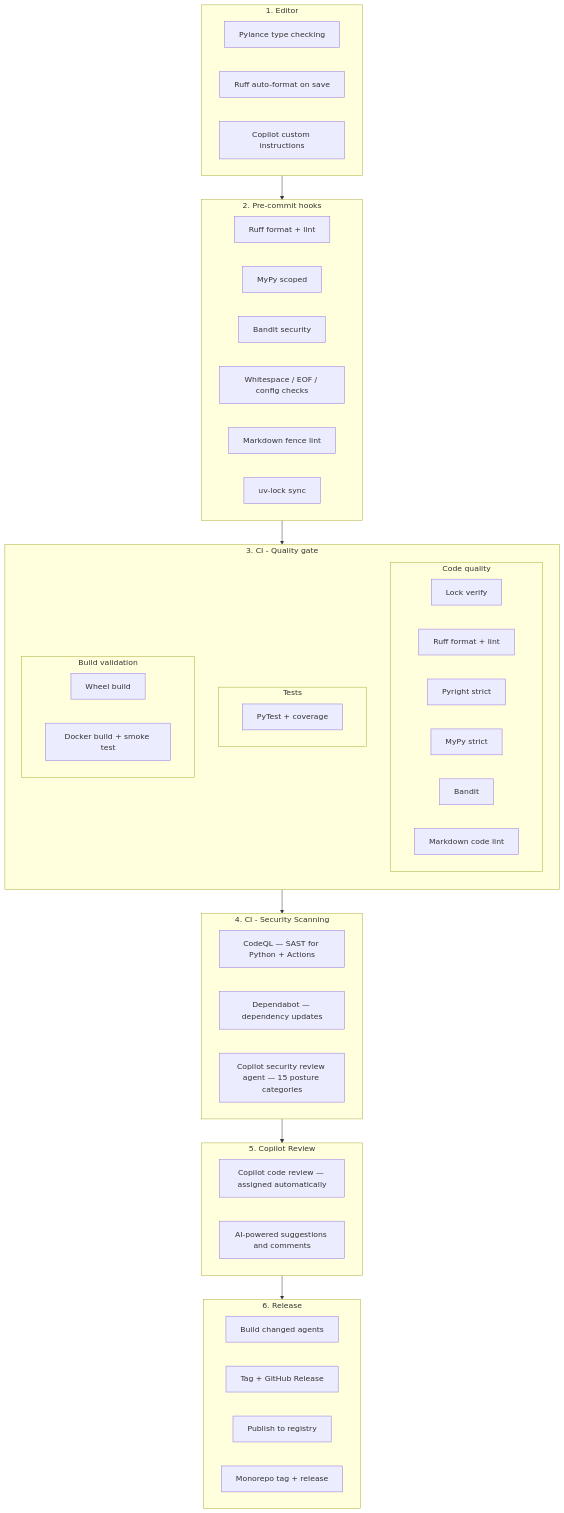
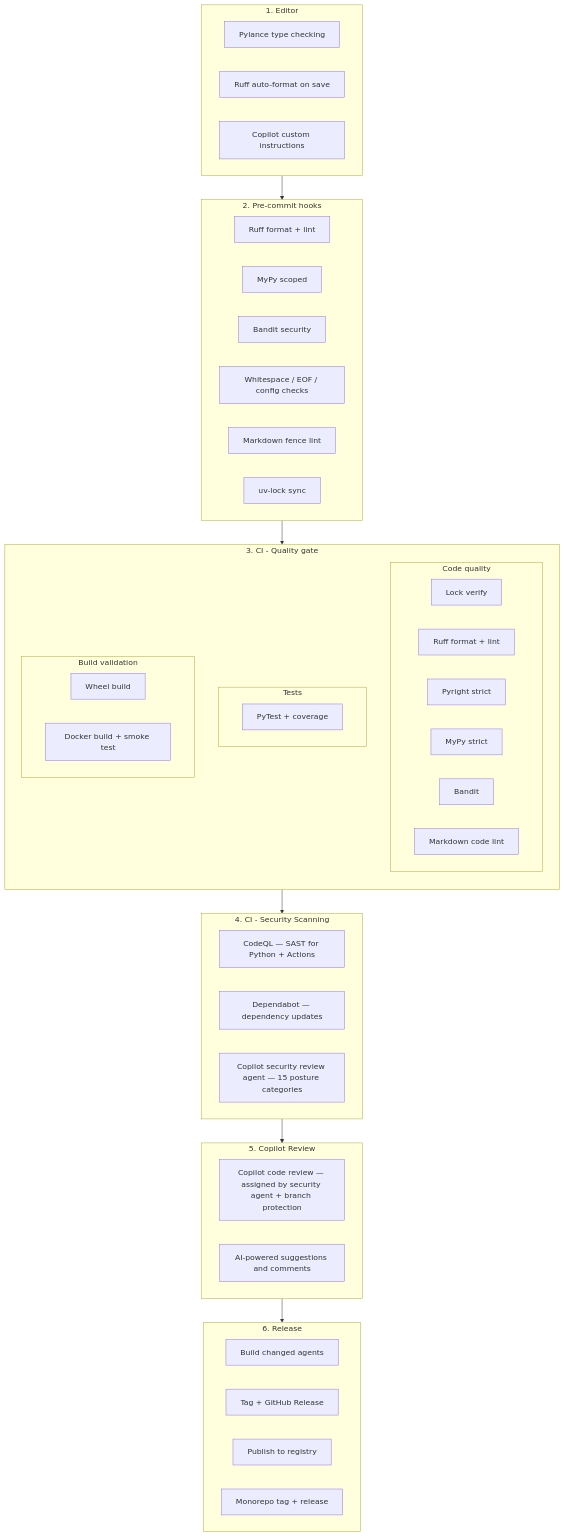
One commit to pmalarme/python-agent-template changed the first of 9 diagrams in README.md. Above: the diagram before and after it, drawn with Mermaid. The commit also changed other lines of this file, not shown here.

Commit message:
Update the reviewer for testing if they are assigned

````diff
--- a/README.md
+++ b/README.md
@@ -15,68 +15,68 @@
 ```mermaid
 flowchart TB
     subgraph L1["1. Editor"]
         direction LR
         E1[Pylance type checking]
         E2[Ruff auto-format on save]
         E3[Copilot custom instructions]
     end
 
     subgraph L2["2. Pre-commit hooks"]
         direction LR
         H1[Ruff format + lint]
         H2[MyPy scoped]
         H3[Bandit security]
         H4[Whitespace / EOF / config checks]
         H5[Markdown fence lint]
         H6[uv-lock sync]
     end
 
     subgraph L3["3. CI - Quality gate"]
         direction TB
         subgraph L3a["Code quality"]
             direction LR
             C0[Lock verify]
             C1["Ruff format + lint"]
             C2[Pyright strict]
             C3[MyPy strict]
             C4[Bandit]
             C5[Markdown code lint]
         end
         subgraph L3b["Tests"]
             direction LR
             T1[PyTest + coverage]
         end
         subgraph L3c["Build validation"]
             direction LR
             B1[Wheel build]
             B2[Docker build + smoke test]
         end
     end
 
     subgraph L4["4. CI - Security Scanning"]
         direction LR
         S1[CodeQL — SAST for Python + Actions]
         S2[Dependabot — dependency updates]
         S3[Copilot security review agent — 15 posture categories]
     end
 
     subgraph L5["5. Copilot Review"]
         direction LR
-        CR1[Copilot code review — assigned automatically]
+        CR1[Copilot code review — assigned by security agent + branch protection]
         CR2[AI-powered suggestions and comments]
     end
 
     subgraph L6["6. Release"]
         direction LR
         R1[Build changed agents]
         R2[Tag + GitHub Release]
         R3[Publish to registry]
         R4[Monorepo tag + release]
     end
 
     L1 --> L2
     L2 --> L3
     L3 --> L4
     L4 --> L5
     L5 --> L6
 ```
````
